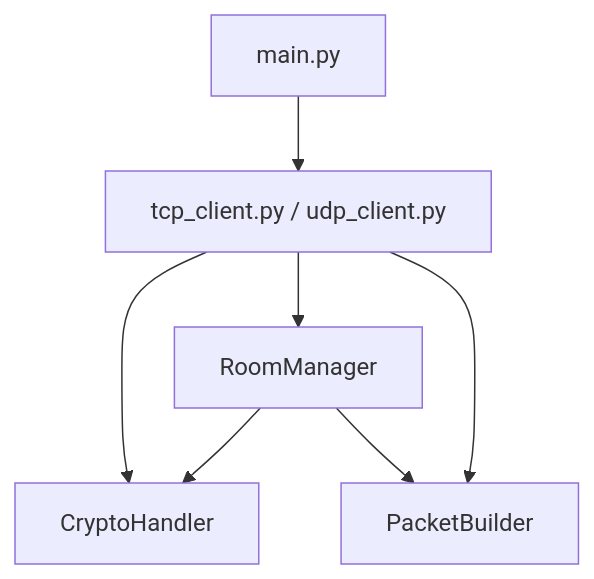
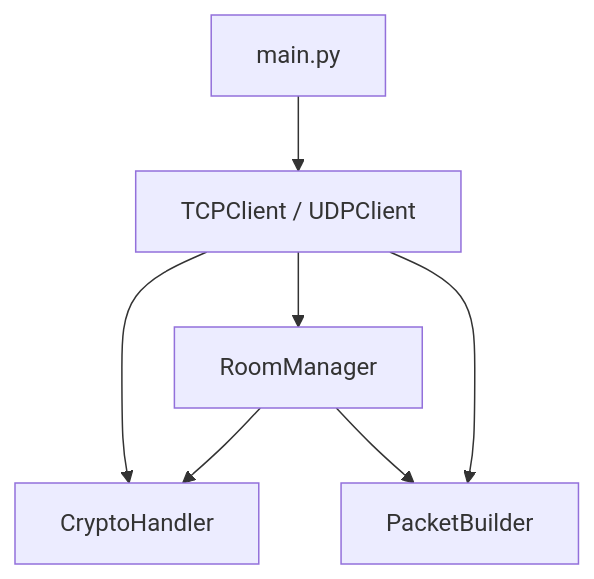
Before and after one commit to BackendExplorer/Online-Chat-Service: the first of 5 diagrams in README.md, drawn with Mermaid.

````diff
--- a/README.md
+++ b/README.md
@@ -1,18 +1,18 @@
 ```mermaid
 graph TD
 
   UI["main.py"]
-  Application["tcp_client.py / udp_client.py"]
+  Application["TCPClient / UDPClient"]
   Domain["RoomManager"]
   Infra["CryptoHandler"]
   Packet["PacketBuilder"]
 
   UI --> Application
   Application --> Domain
   Domain --> Infra
   Application --> Infra
   Application --> Packet
   Domain --> Packet
 
 
 ```
````
